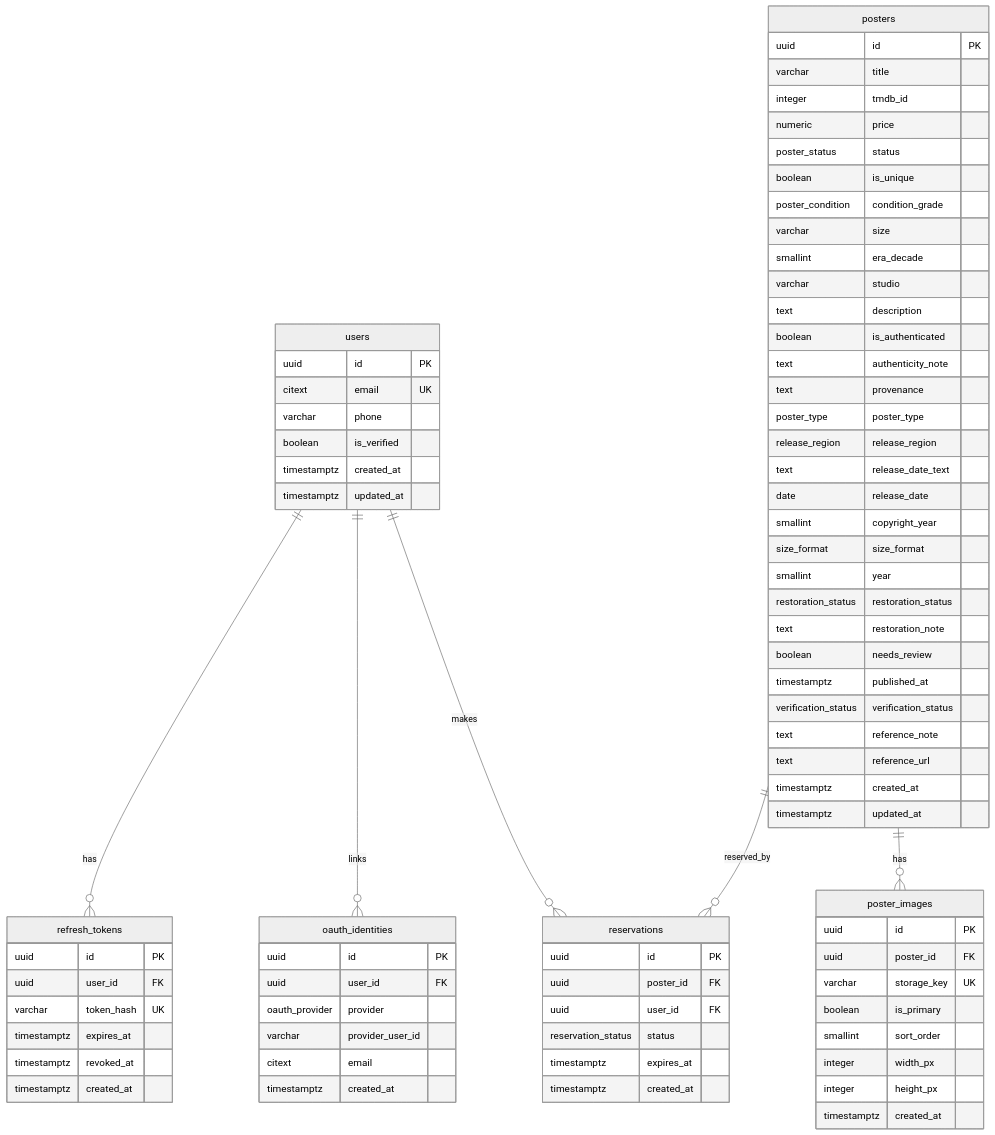
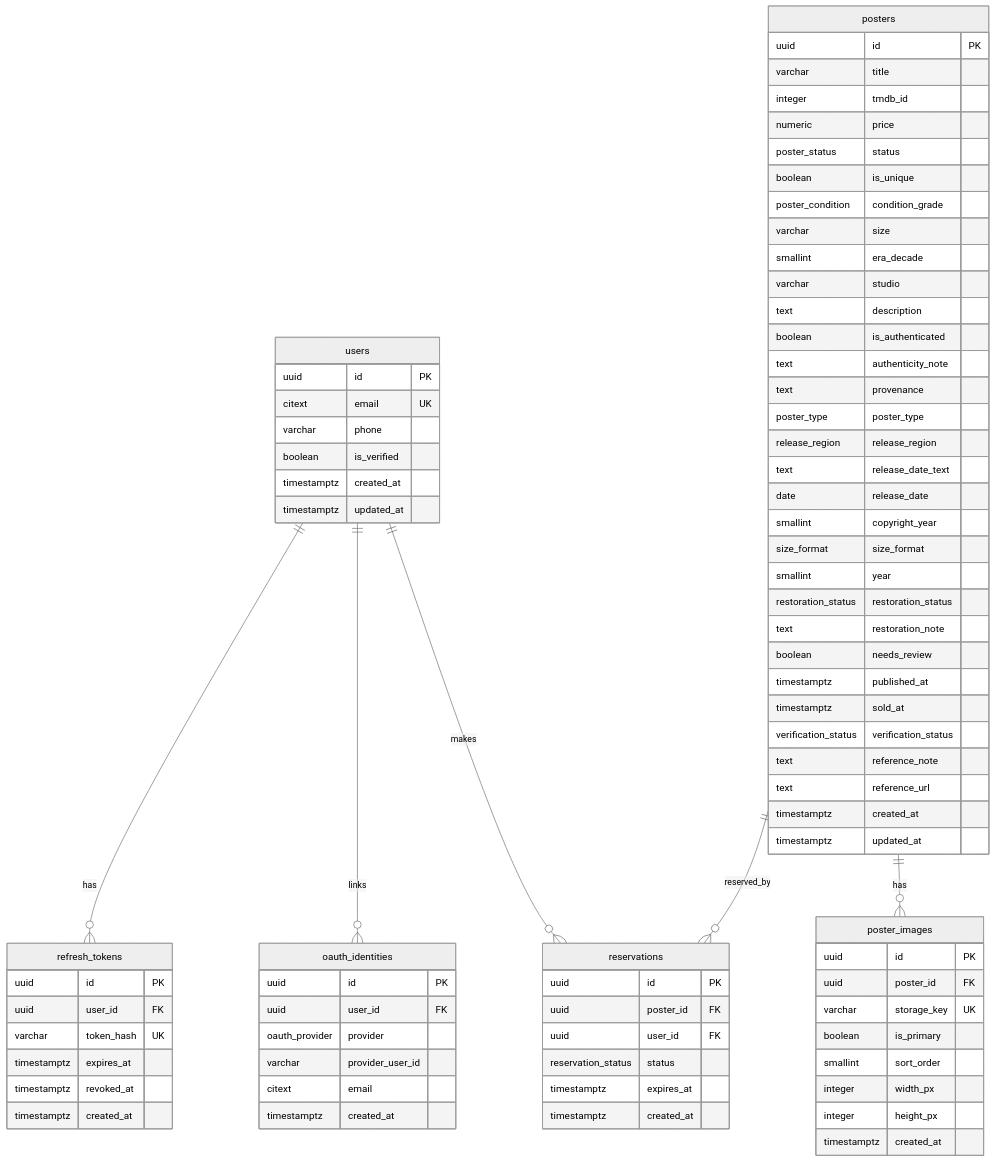
Before and after one commit to Chanothai/posternung-backend: the diagram in docs/database-design.md, drawn with Mermaid (neutral theme). The commit also changed other lines of this file and 17 other files, not shown here.

```diff
--- a/docs/database-design.md
+++ b/docs/database-design.md
@@ -324,6 +327,7 @@
         text restoration_note
         boolean needs_review
         timestamptz published_at
+        timestamptz sold_at
         verification_status verification_status
         text reference_note
         text reference_url
```
